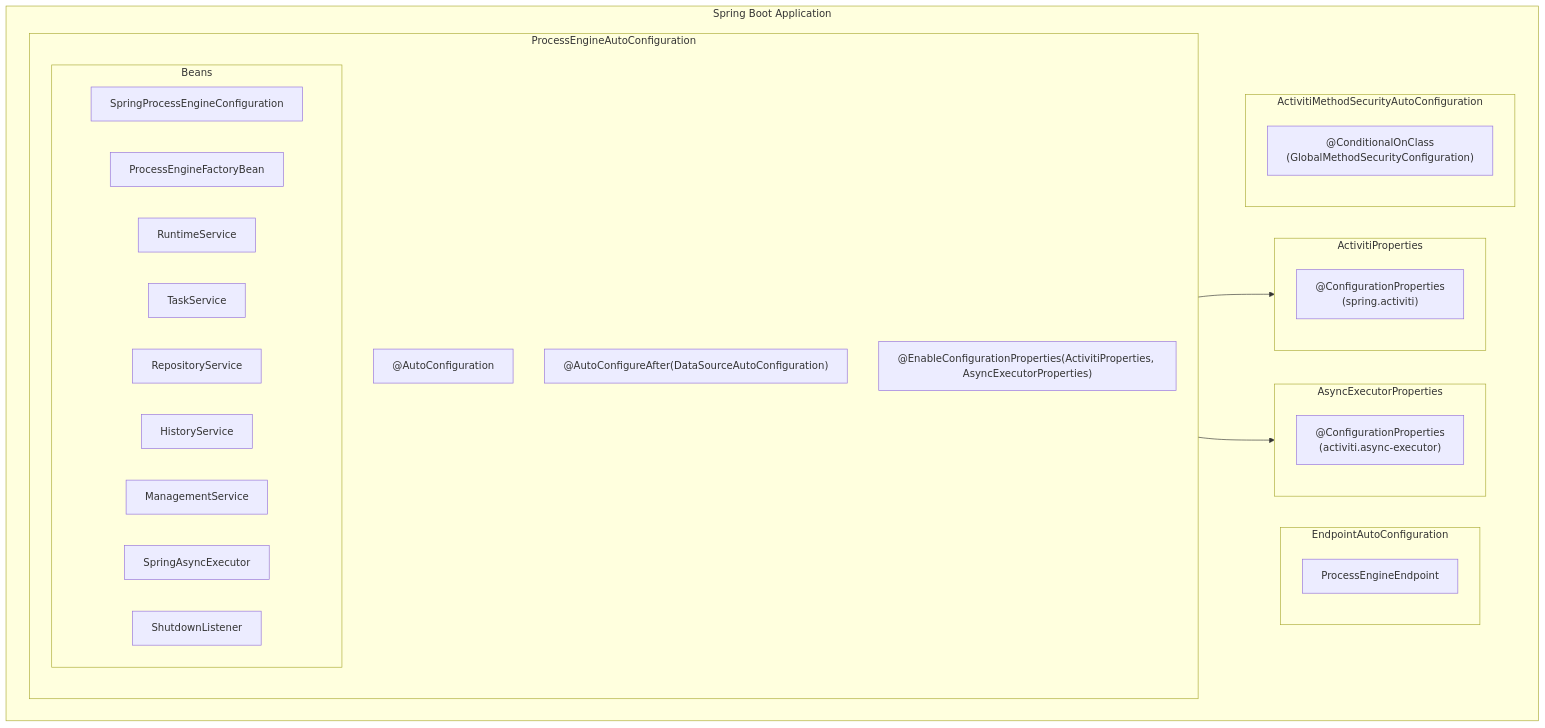
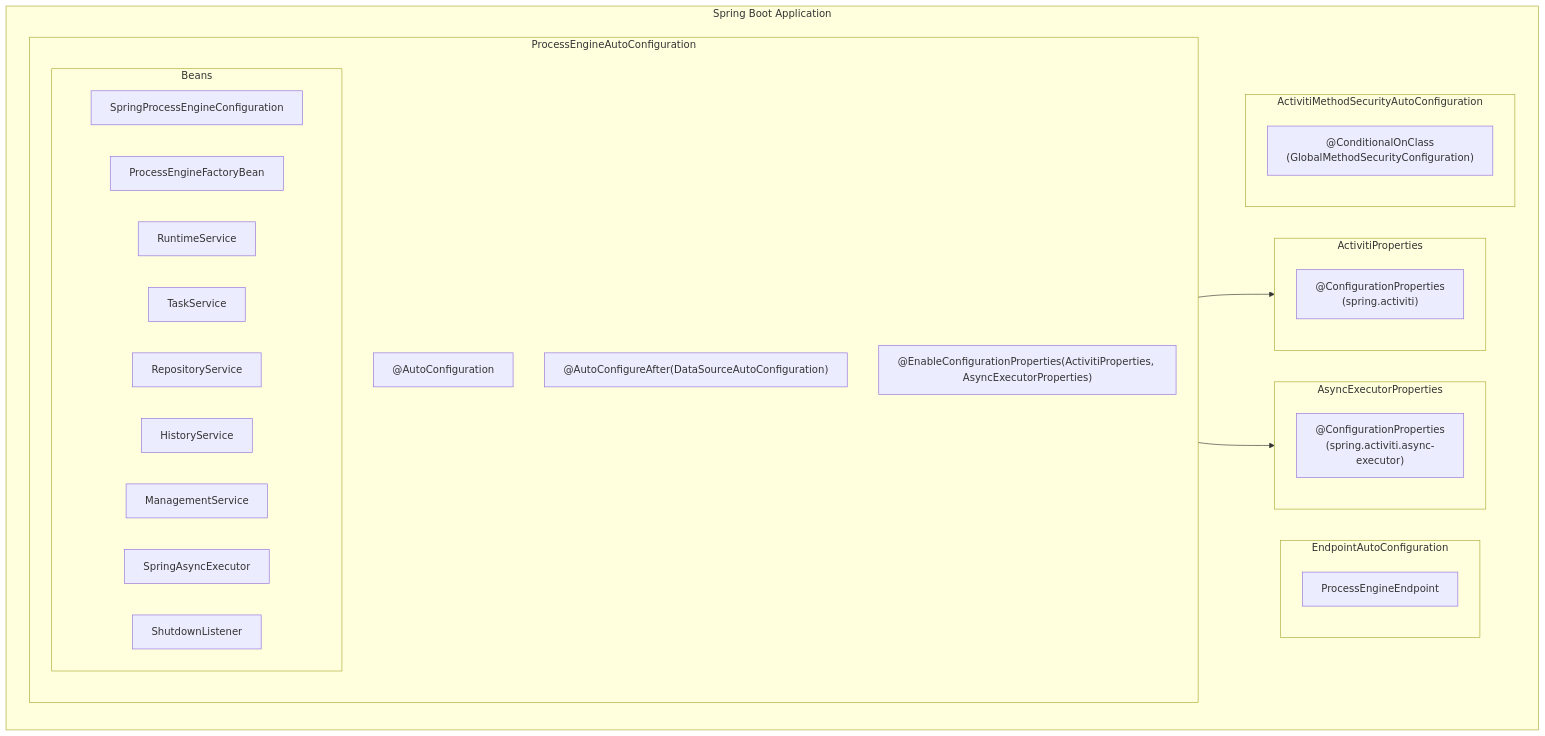
One commit to CaptainGlac1er/activiti-documentation changed the second of 2 diagrams in docs/api-reference/engine-api/spring-boot-starter.mdx. Above: the diagram before and after it, drawn with Mermaid. The commit also changed other lines of this file and 28 other files, not shown here.

````diff
--- a/docs/api-reference/engine-api/spring-boot-starter.mdx
+++ b/docs/api-reference/engine-api/spring-boot-starter.mdx
@@ -132,41 +132,41 @@
 ```mermaid
 flowchart TD
     subgraph SpringBootApp["Spring Boot Application"]
         subgraph AutoConfig["ProcessEngineAutoConfiguration"]
             AC1["@AutoConfiguration"]
             AC2["@AutoConfigureAfter(DataSourceAutoConfiguration)"]
             AC3["@EnableConfigurationProperties(ActivitiProperties, AsyncExecutorProperties)"]
 
             subgraph Beans["Beans"]
                 B1["SpringProcessEngineConfiguration"]
                 B2["ProcessEngineFactoryBean"]
                 B3["RuntimeService"]
                 B4["TaskService"]
                 B5["RepositoryService"]
                 B6["HistoryService"]
                 B7["ManagementService"]
                 B8["SpringAsyncExecutor"]
                 B9["ShutdownListener"]
             end
         end
 
         subgraph Properties["ActivitiProperties"]
             P1["@ConfigurationProperties<br>(spring.activiti)"]
         end
 
         subgraph AsyncProps["AsyncExecutorProperties"]
-            P2["@ConfigurationProperties<br>(activiti.async-executor)"]
+            P2["@ConfigurationProperties<br>(spring.activiti.async-executor)"]
         end
 
         subgraph EndpointCfg["EndpointAutoConfiguration"]
             E1["ProcessEngineEndpoint"]
         end
 
         subgraph SecurityCfg["ActivitiMethodSecurityAutoConfiguration"]
             S1["@ConditionalOnClass<br>(GlobalMethodSecurityConfiguration)"]
         end
     end
 
     AutoConfig --> Properties
     AutoConfig --> AsyncProps
 ```
````
